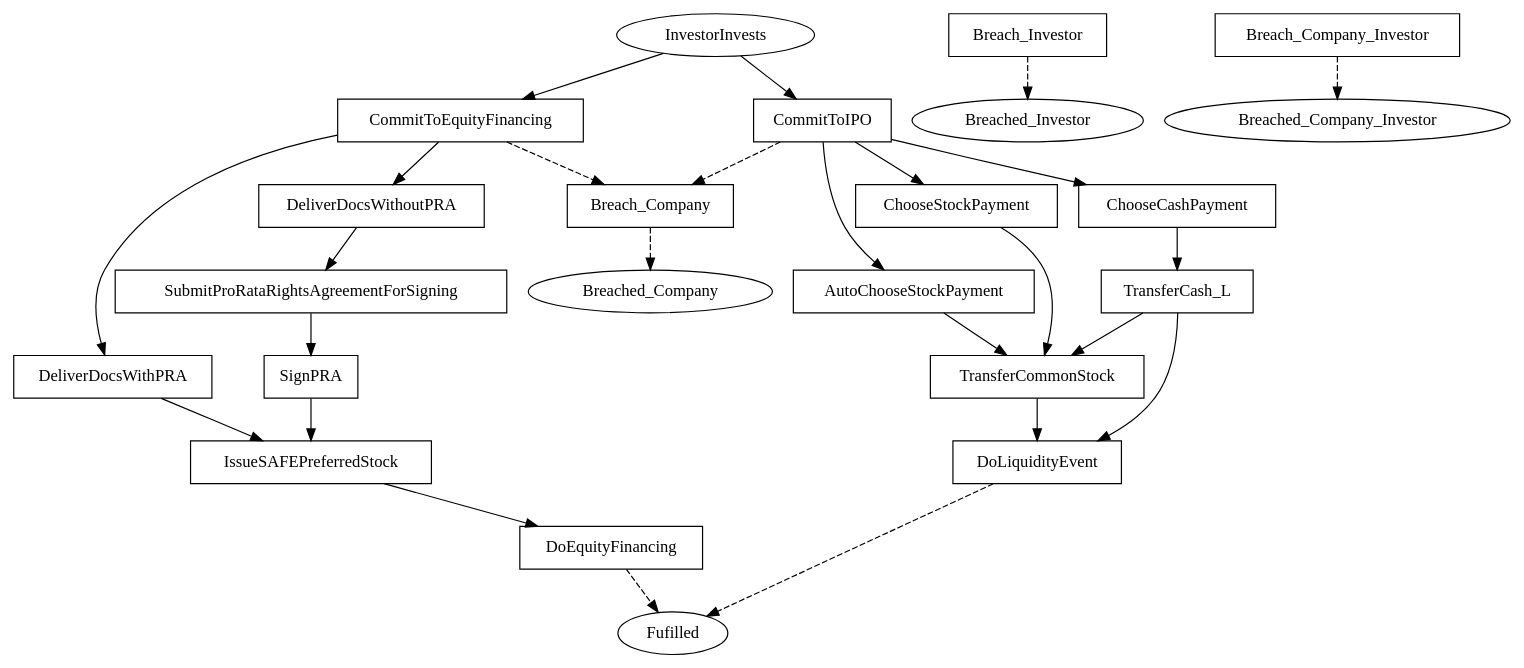
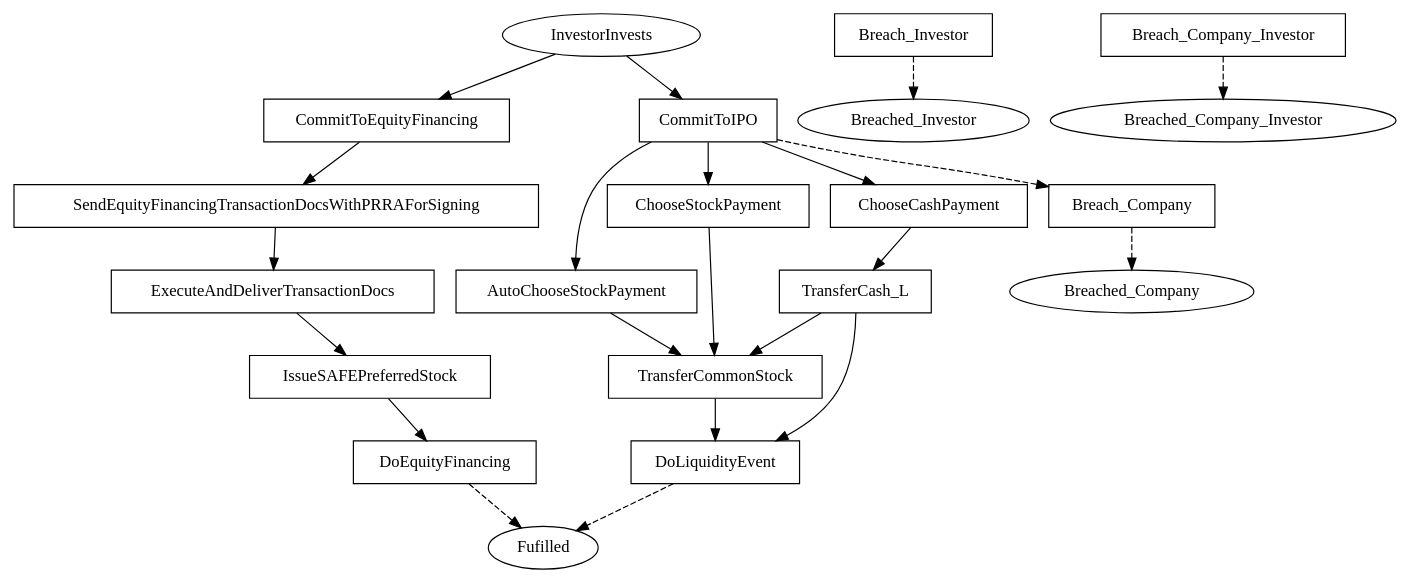
One commit to Marcao02/complaw-deeptech changed the diagram in linear_state_machine_language/pyL4/examples/out_graphviz/toy_and_teaching/tutorialSAFE.dot. Above: the diagram before and after it, drawn with Graphviz. The commit also changed 7 other files, not shown here.

```diff
--- a/linear_state_machine_language/pyL4/examples/out_graphviz/toy_and_teaching/tutorialSAFE.dot
+++ b/linear_state_machine_language/pyL4/examples/out_graphviz/toy_and_teaching/tutorialSAFE.dot
@@ -1,60 +1,54 @@
 // THIS IS A GENERATED FILE. DO NOT EDIT.
 
-digraph SAFE {    
+digraph safe_tutorial {    
     Fulfilled[label=Fufilled];
     InvestorInvests[label=InvestorInvests];
 	Breached_Investor[label=Breached_Investor];
 	Breached_Company[label=Breached_Company];
 	Breached_Company_Investor[label=Breached_Company_Investor]
     
      
     CommitToEquityFinancing[label=CommitToEquityFinancing,shape=box];
-	DeliverDocsWithPRA[label=DeliverDocsWithPRA,shape=box];
-	DeliverDocsWithoutPRA[label=DeliverDocsWithoutPRA,shape=box];
-	SubmitProRataRightsAgreementForSigning[label=SubmitProRataRightsAgreementForSigning,shape=box];
-	SignPRA[label=SignPRA,shape=box];
+	SendEquityFinancingTransactionDocsWithPRRAForSigning[label=SendEquityFinancingTransactionDocsWithPRRAForSigning,shape=box];
+	ExecuteAndDeliverTransactionDocs[label=ExecuteAndDeliverTransactionDocs,shape=box];
 	IssueSAFEPreferredStock[label=IssueSAFEPreferredStock,shape=box];
 	DoEquityFinancing[label=DoEquityFinancing,shape=box];
 	CommitToIPO[label=CommitToIPO,shape=box];
 	AutoChooseStockPayment[label=AutoChooseStockPayment,shape=box];
 	ChooseStockPayment[label=ChooseStockPayment,shape=box];
 	TransferCommonStock[label=TransferCommonStock,shape=box];
 	ChooseCashPayment[label=ChooseCashPayment,shape=box];
 	TransferCash_L[label=TransferCash_L,shape=box];
 	DoLiquidityEvent[label=DoLiquidityEvent,shape=box];
 	Breach_Investor[label=Breach_Investor,shape=box];
 	Breach_Company[label=Breach_Company,shape=box];
 	Breach_Company_Investor[label=Breach_Company_Investor,shape=box]    
     
     
     
     InvestorInvests -> CommitToEquityFinancing;
 	InvestorInvests -> CommitToIPO;
-	CommitToEquityFinancing -> DeliverDocsWithPRA;
-	CommitToEquityFinancing -> DeliverDocsWithoutPRA;
-	CommitToEquityFinancing -> Breach_Company [style=dashed];
-	DeliverDocsWithPRA -> IssueSAFEPreferredStock;
-	DeliverDocsWithoutPRA -> SubmitProRataRightsAgreementForSigning;
-	SubmitProRataRightsAgreementForSigning -> SignPRA;
-	SignPRA -> IssueSAFEPreferredStock;
+	CommitToEquityFinancing -> SendEquityFinancingTransactionDocsWithPRRAForSigning;
+	SendEquityFinancingTransactionDocsWithPRRAForSigning -> ExecuteAndDeliverTransactionDocs;
+	ExecuteAndDeliverTransactionDocs -> IssueSAFEPreferredStock;
 	IssueSAFEPreferredStock -> DoEquityFinancing;
 	CommitToIPO -> ChooseCashPayment;
 	CommitToIPO -> ChooseStockPayment;
 	CommitToIPO -> AutoChooseStockPayment;
 	CommitToIPO -> Breach_Company [style=dashed];
 	AutoChooseStockPayment -> TransferCommonStock;
 	ChooseStockPayment -> TransferCommonStock;
 	TransferCommonStock -> DoLiquidityEvent;
 	ChooseCashPayment -> TransferCash_L;
 	TransferCash_L -> TransferCommonStock;
 	TransferCash_L -> DoLiquidityEvent
     
     DoEquityFinancing -> Fulfilled [style=dashed];
 	DoLiquidityEvent -> Fulfilled [style=dashed];
 	Breach_Investor -> Breached_Investor [style=dashed];
 	Breach_Company -> Breached_Company [style=dashed];
 	Breach_Company_Investor -> Breached_Company_Investor [style=dashed];
 	     
     
        
 }
```
